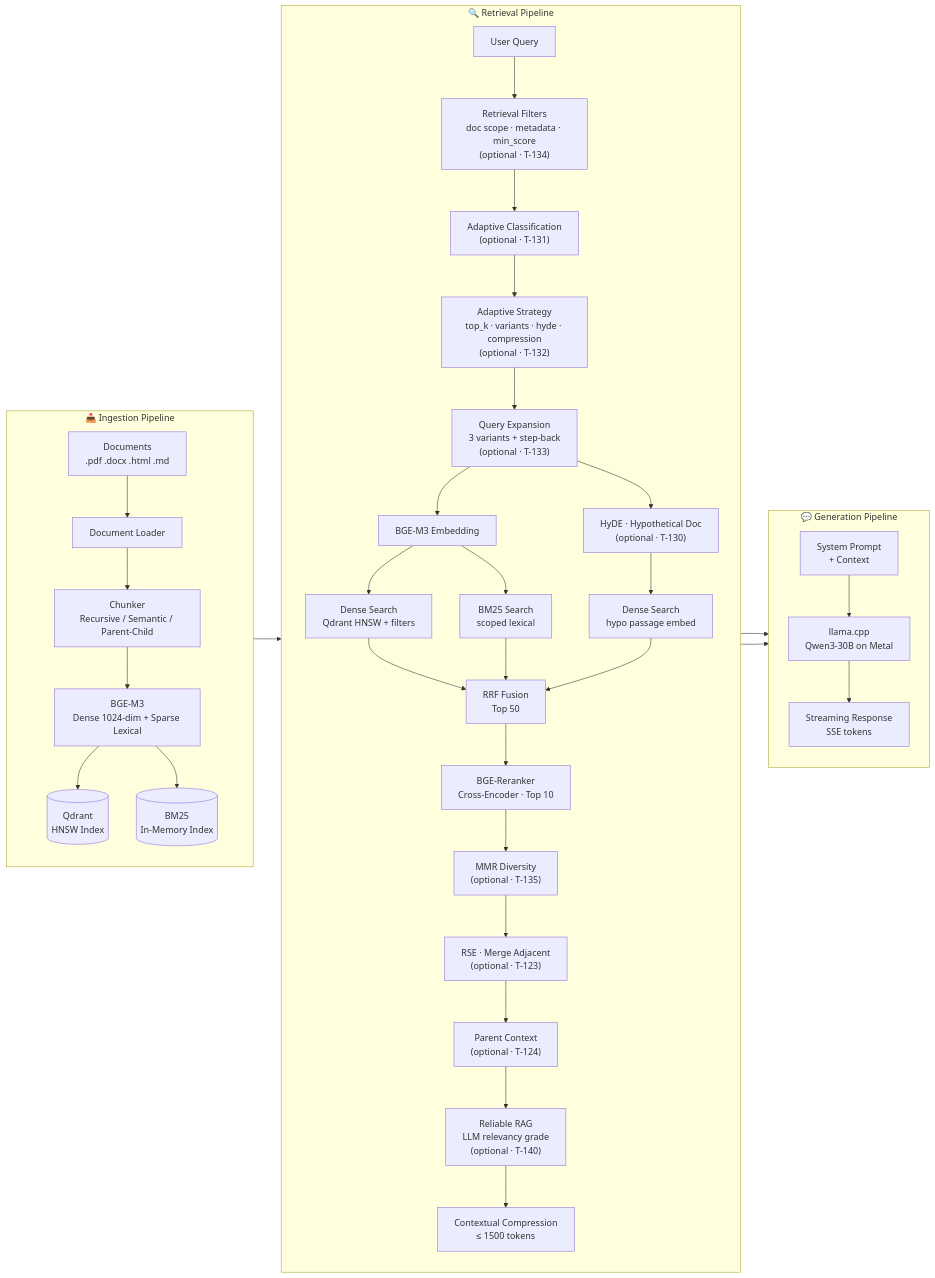
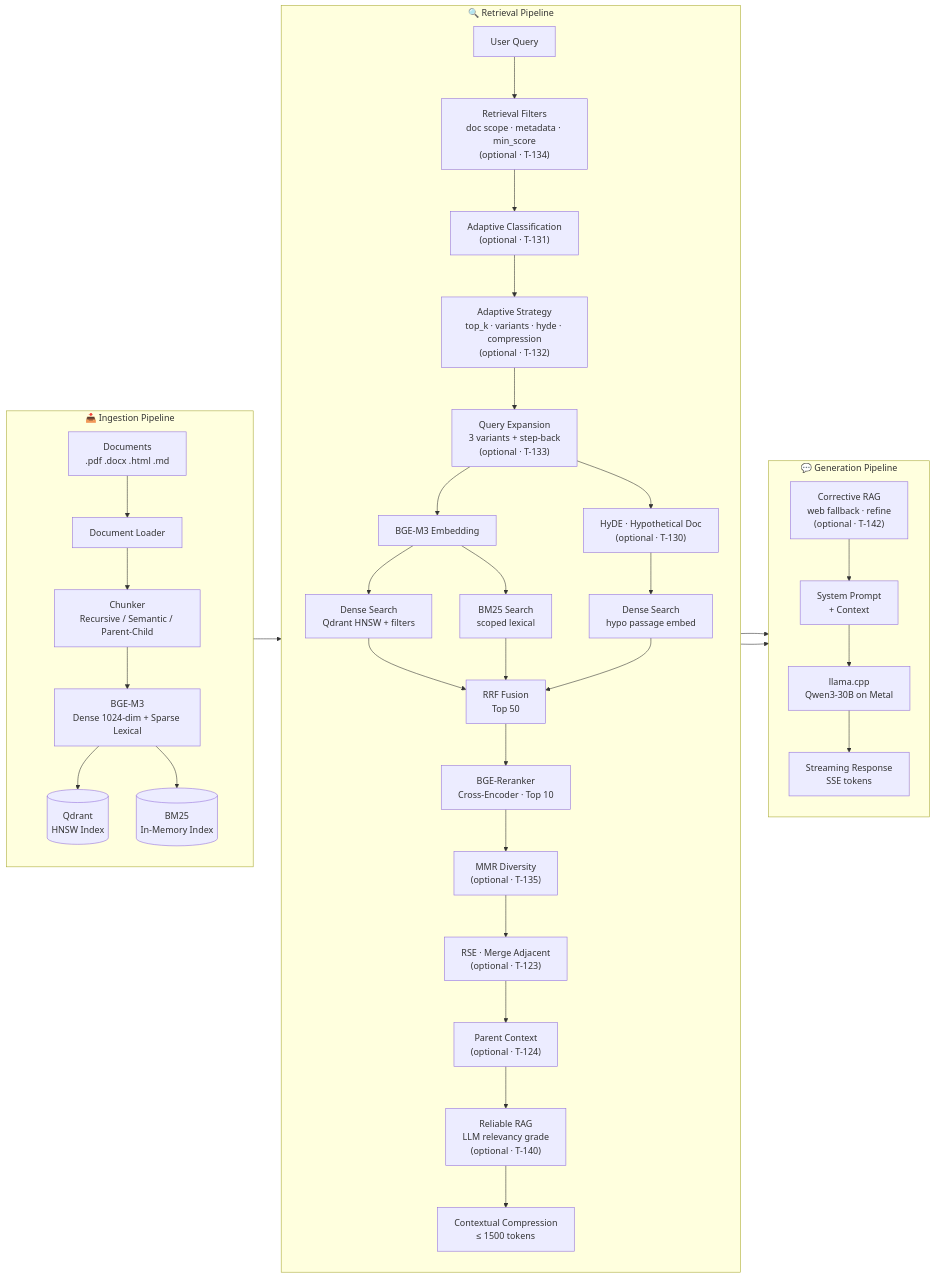
The first of 12 diagrams in README.md (ealbertoav/rag_platform), drawn with Mermaid before and after one commit. The commit also changed other lines of this file, not shown here.

First line of the commit message:
docs: update README with Corrective RAG (T-142) details

````diff
--- a/README.md
+++ b/README.md
@@ -54,43 +57,44 @@
 ```mermaid
 flowchart LR
     subgraph INGEST["📥 Ingestion Pipeline"]
         direction TB
         D["Documents<br/>.pdf .docx .html .md"] --> L[Document Loader]
         L --> C["Chunker<br/>Recursive / Semantic / Parent-Child"]
         C --> E["BGE-M3<br/>Dense 1024-dim + Sparse Lexical"]
         E --> Q[("Qdrant<br/>HNSW Index")]
         E --> B[("BM25<br/>In-Memory Index")]
     end
 
     subgraph RETRIEVE["🔍 Retrieval Pipeline"]
         direction TB
         QX["User Query"] --> FILT["Retrieval Filters<br/>doc scope · metadata · min_score<br/>(optional · T-134)"]
         FILT --> ADAPT["Adaptive Classification<br/>(optional · T-131)"]
         ADAPT --> STRAT["Adaptive Strategy<br/>top_k · variants · hyde · compression<br/>(optional · T-132)"]
         STRAT --> EXP["Query Expansion<br/>3 variants + step-back<br/>(optional · T-133)"]
         EXP --> EM[BGE-M3 Embedding]
         EXP --> HYDE["HyDE · Hypothetical Doc<br/>(optional · T-130)"]
         HYDE --> DS2["Dense Search<br/>hypo passage embed"]
         EM --> DS["Dense Search<br/>Qdrant HNSW + filters"]
         EM --> BS["BM25 Search<br/>scoped lexical"]
         DS --> RF["RRF Fusion<br/>Top 50"]
         DS2 --> RF
         BS --> RF
         RF --> RR["BGE-Reranker<br/>Cross-Encoder · Top 10"]
         RR --> DIV["MMR Diversity<br/>(optional · T-135)"]
         DIV --> RSE["RSE · Merge Adjacent<br/>(optional · T-123)"]
         RSE --> PC["Parent Context<br/>(optional · T-124)"]
         PC --> RRAG["Reliable RAG<br/>LLM relevancy grade<br/>(optional · T-140)"]
         RRAG --> CC["Contextual Compression<br/>≤ 1500 tokens"]
     end
 
     subgraph GENERATE["💬 Generation Pipeline"]
         direction TB
-        CC --> PR["System Prompt<br/>+ Context"]
+        CC --> CRAG["Corrective RAG<br/>web fallback · refine<br/>(optional · T-142)"]
+        CRAG --> PR["System Prompt<br/>+ Context"]
         PR --> LLM["llama.cpp<br/>Qwen3-30B on Metal"]
         LLM --> SSE["Streaming Response<br/>SSE tokens"]
     end
 
     INGEST --> RETRIEVE
     RETRIEVE --> GENERATE
 ```
````
